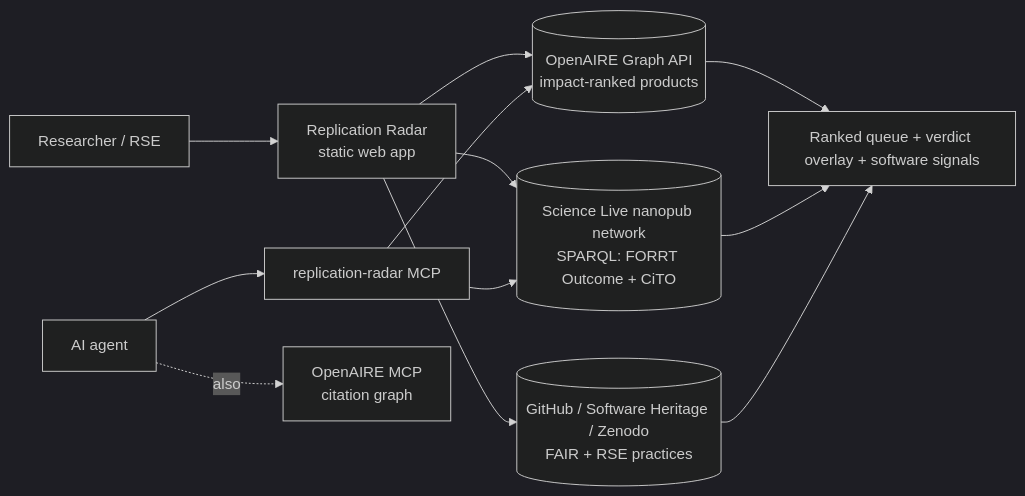
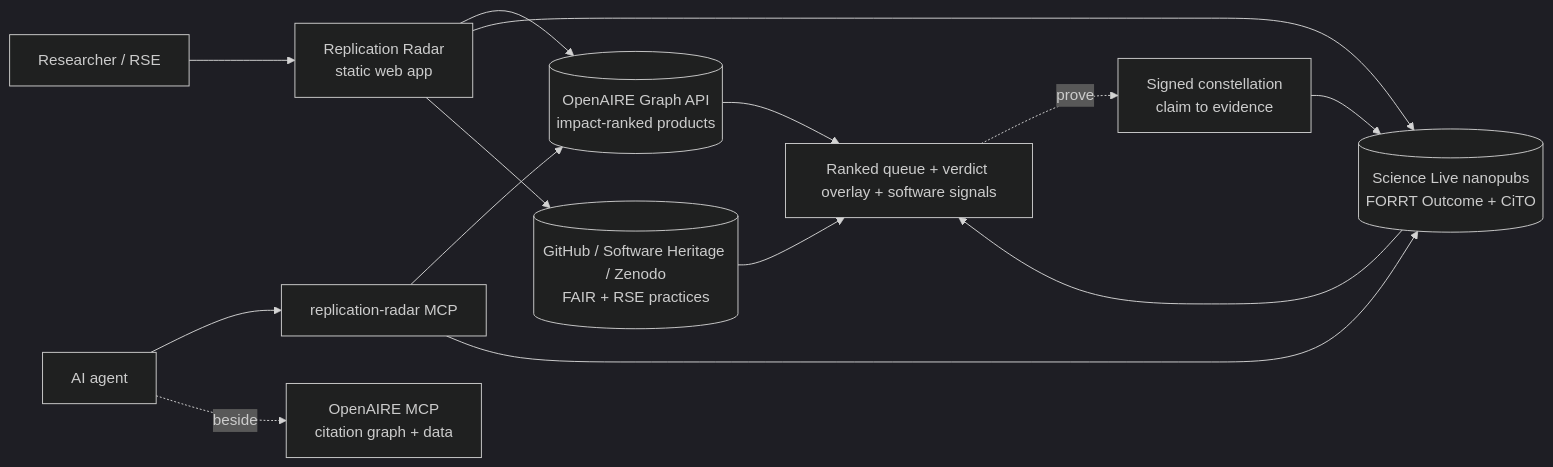
One commit to ScienceLiveHub/replication-radar changed the diagram in docs/architecture.mmd. Above: the diagram before and after it, drawn with Mermaid (dark theme). The commit also changed 1 other file, not shown here.

Commit message:
docs: sync architecture.mmd to the closed-loop version + add rendered PNG for §2.1

```diff
--- a/docs/architecture.mmd
+++ b/docs/architecture.mmd
@@ -1,11 +1,12 @@
-%% Replication Radar — architecture (render at https://mermaid.live for §2.1's visual)
+%% Replication Radar — architecture (§2.1). Render at https://mermaid.live or https://kroki.io
 flowchart LR
   U[Researcher / RSE] --> APP[Replication Radar<br/>static web app]
   AG[AI agent] --> MCP[replication-radar MCP]
   APP & MCP --> OA[(OpenAIRE Graph API<br/>impact-ranked products)]
-  APP & MCP --> NP[(Science Live nanopub network<br/>SPARQL: FORRT Outcome + CiTO)]
+  APP & MCP --> NP[(Science Live nanopubs<br/>FORRT Outcome + CiTO)]
   APP --> GH[(GitHub / Software Heritage / Zenodo<br/>FAIR + RSE practices)]
-  AG -. also .-> OAMCP[OpenAIRE MCP<br/>citation graph]
+  AG -. beside .-> OAMCP[OpenAIRE MCP<br/>citation graph + data]
   OA --> V[Ranked queue + verdict overlay + software signals]
   NP --> V
   GH --> V
+  V -. prove .-> C[Signed constellation<br/>claim to evidence] --> NP
```
